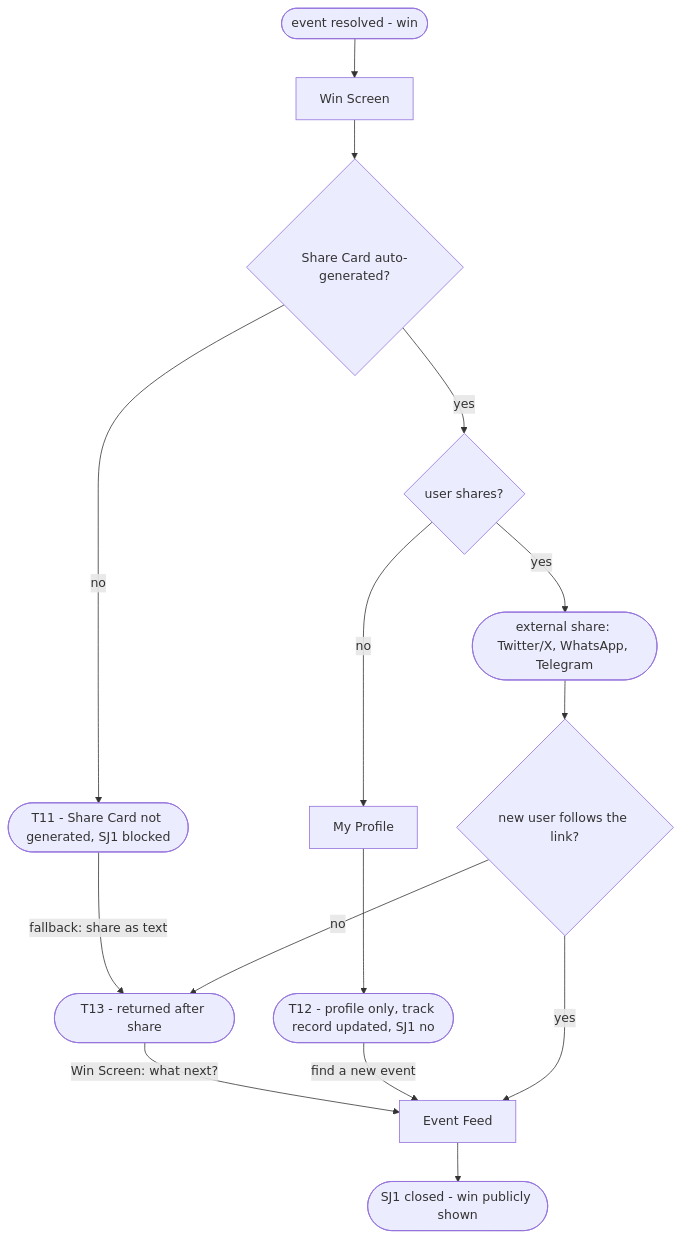
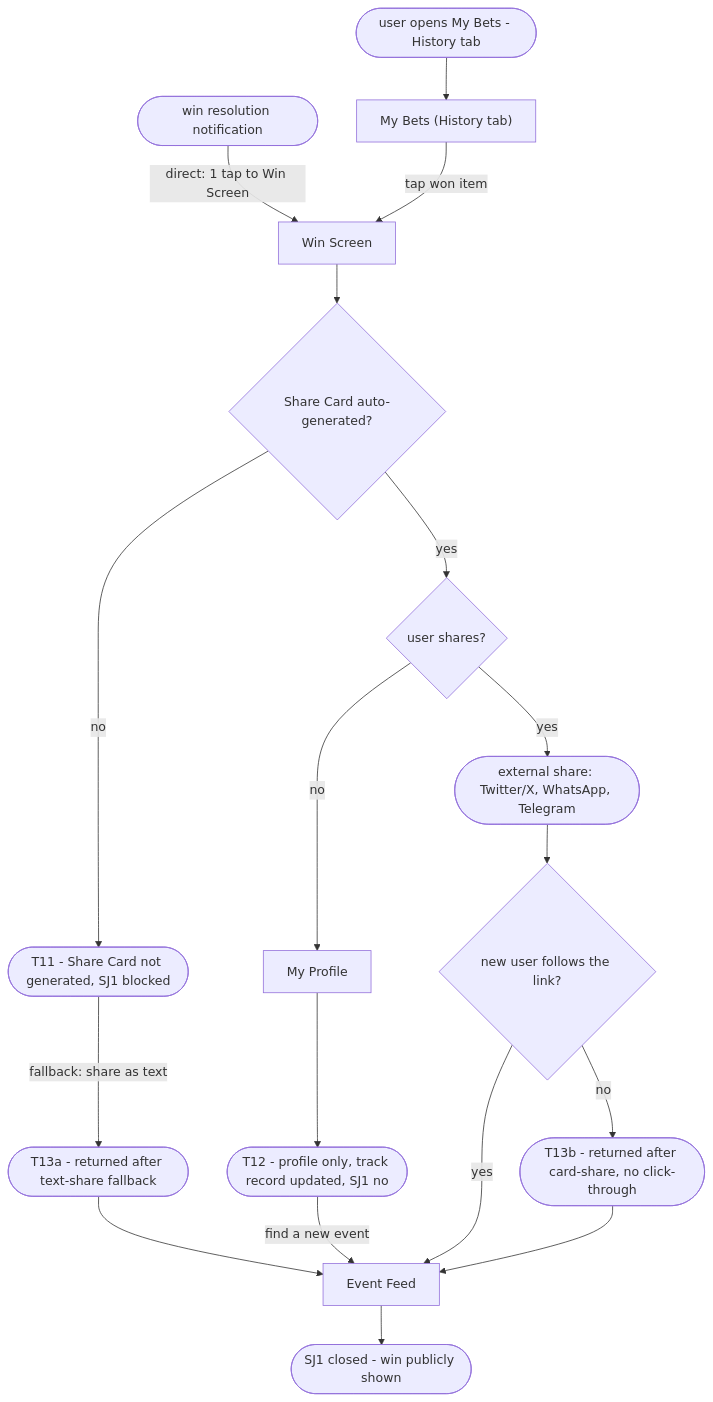
Before and after one commit to sergiodesign4u-dot/predict-market: the fourth of 4 diagrams in flows.md, drawn with Mermaid. The commit also changed other lines of this file and 1 other file, not shown here.

Commit message:
Defect-fix pass: P1+P2+P3 fixes on sitemap.md and flows.md
P1: remove payout-pending from Loss Screen (factual error); add loading/error/not-found states to Public Profile (G3 consequence); add G1-equivalent Win Screen notification path in SJ1 flow and Depth Map; collapse supportContact dead terminal into T1 annotation; add loading/empty/error states to Bet History tab; split Active Bets empty into empty-new and empty-resolved, add error.

P2: add watcher exit to EF in FJ2; remove EDmon dangling node from MJ; add push-permission-missing state to Notifications and cross-reference on Event Feed; add loading+error to Wallet, My Profile, Notifications; add proactive top-up path to Depth Map; split T13 into T13a (text-share fallback) and T13b (card-share no click-through) in SJ1.

P3: add error-provider-conflict to Sign In states; add coverage note and deferred polish list to flows.md.

````diff
--- a/flows.md
+++ b/flows.md
@@ -169,21 +174,28 @@
 ```mermaid
 flowchart TD
-    trigger(["event resolved - win"])
-    trigger --> WS["Win Screen"]
+    %% Path A: G1-equivalent - win notification routes directly to Win Screen (1 tap, fast path)
+    triggerNotif(["win resolution notification"])
+    triggerNotif -->|"direct: 1 tap to Win Screen"| WS["Win Screen"]
+
+    %% Path B: manual - user opens My Bets History tab, taps a won item
+    triggerManual(["user opens My Bets - History tab"])
+    triggerManual --> ABhistory["My Bets (History tab)"]
+    ABhistory -->|"tap won item"| WS
 
     WS --> cardOk{"Share Card auto-generated?"}
     cardOk -->|"no"| T11(["T11 - Share Card not generated, SJ1 blocked"])
-    T11 -->|"fallback: share as text"| T13(["T13 - returned after share"])
-    T13 -->|"Win Screen: what next?"| EF["Event Feed"]
+    T11 -->|"fallback: share as text"| T13a(["T13a - returned after text-share fallback"])
+    T13a --> EF["Event Feed"]
     EF --> sj1Done(["SJ1 closed - win publicly shown"])
 
     cardOk -->|"yes"| shares{"user shares?"}
     shares -->|"no"| MP["My Profile"]
     MP --> T12(["T12 - profile only, track record updated, SJ1 no"])
     T12 -->|"find a new event"| EF
 
     shares -->|"yes"| ext(["external share: Twitter/X, WhatsApp, Telegram"])
     ext --> newUser{"new user follows the link?"}
     newUser -->|"yes"| EF
-    newUser -->|"no"| T13
+    newUser -->|"no"| T13b(["T13b - returned after card-share, no click-through"])
+    T13b --> EF
 ```
````
